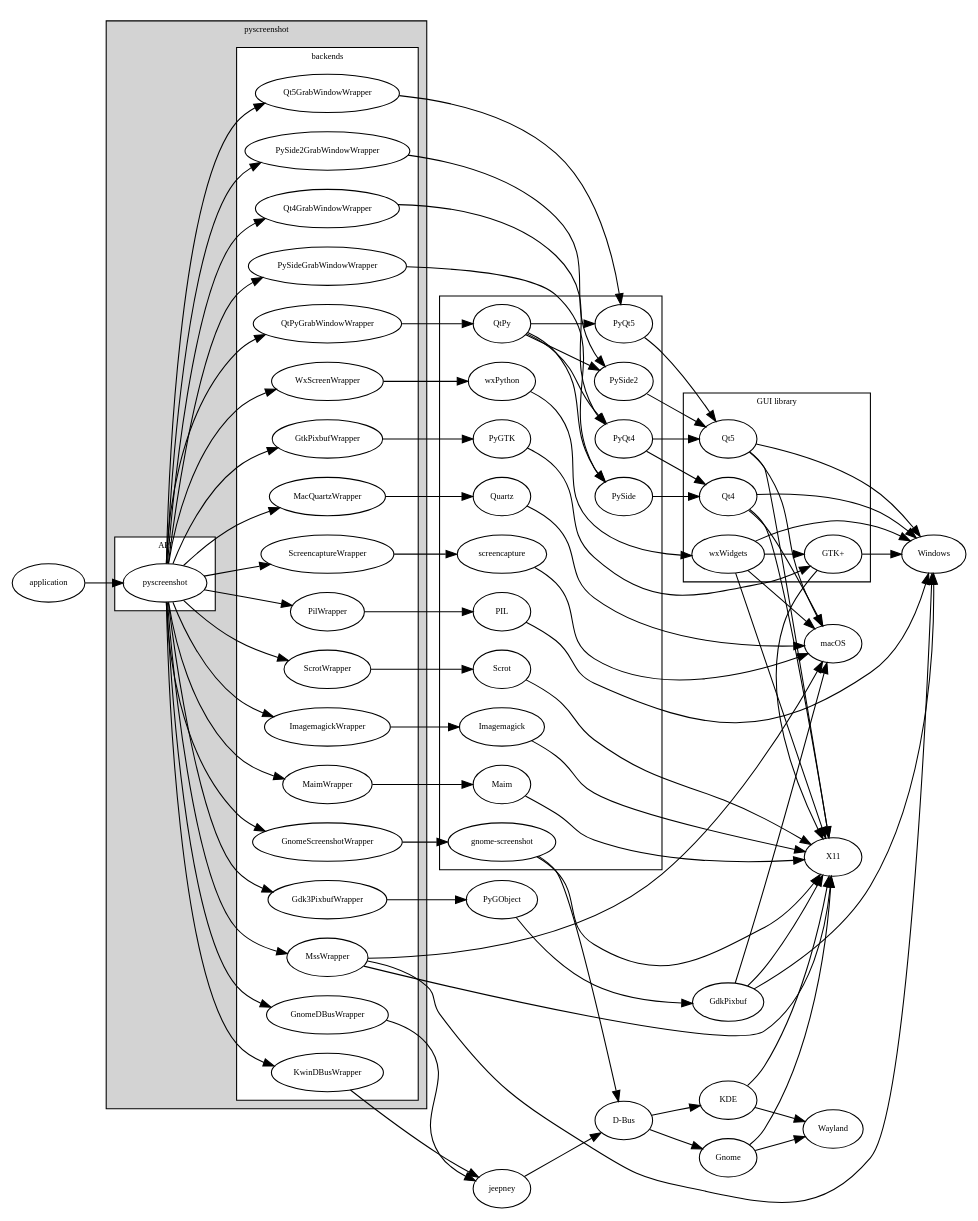
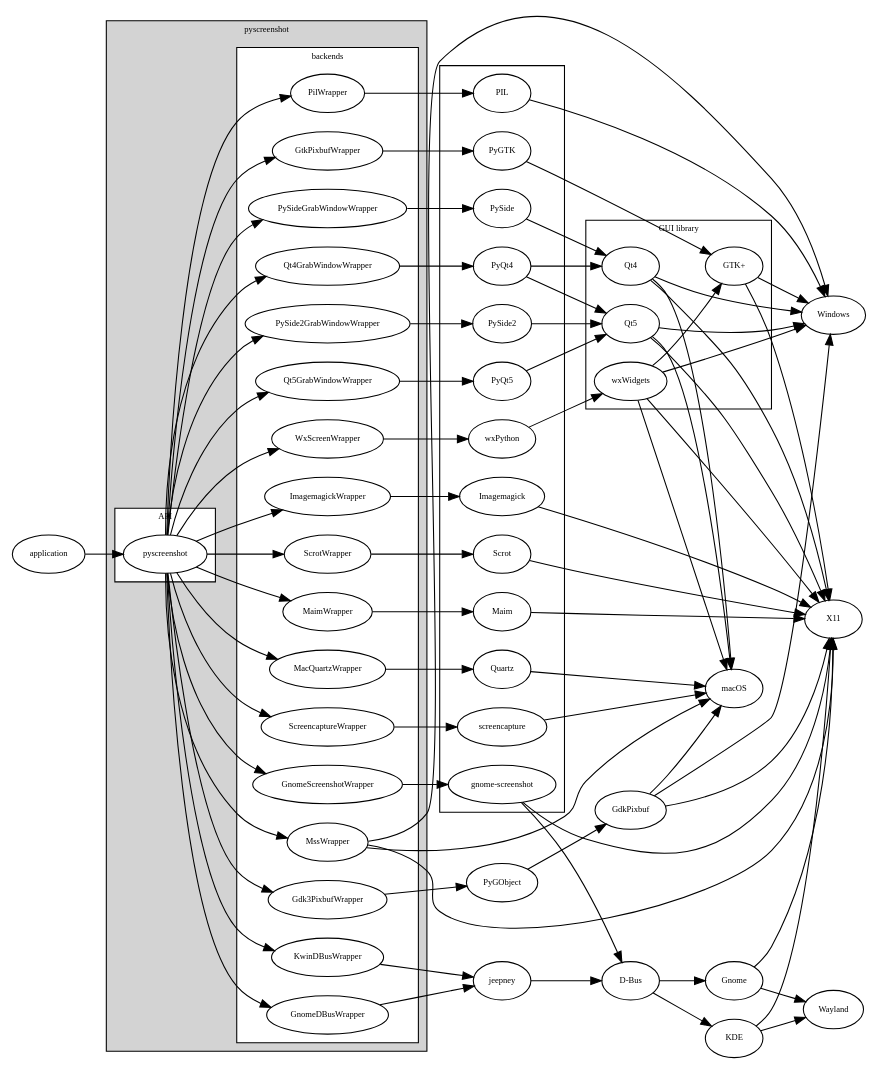
One commit to ponty/pyscreenshot changed the diagram in doc/hierarchy.dot. Above: the diagram before and after it, drawn with Graphviz. The commit also changed 13 other files, not shown here.

```diff
--- a/doc/hierarchy.dot
+++ b/doc/hierarchy.dot
@@ -1,132 +1,124 @@
 digraph G {
     rankdir=LR;
     node [fontsize=8];
     fontsize=8;
 
     subgraph cluster_0 {
         label = "pyscreenshot";
         style=filled;
         fillcolor=lightgrey;
         subgraph cluster_1 {
             label = "API";
             style=filled;
             fillcolor=white;
 
             pyscreenshot;
         }
         subgraph cluster_2 {
             style=filled;
             fillcolor=white;
             label = "backends";
 
             pyscreenshot -> GtkPixbufWrapper;
             pyscreenshot -> Qt4GrabWindowWrapper;
             pyscreenshot -> Qt5GrabWindowWrapper;
             pyscreenshot -> PySideGrabWindowWrapper;
             pyscreenshot -> PySide2GrabWindowWrapper;
-            pyscreenshot -> QtPyGrabWindowWrapper;
             pyscreenshot -> PilWrapper;
             pyscreenshot -> ImagemagickWrapper;
             pyscreenshot -> WxScreenWrapper;
             pyscreenshot -> ScrotWrapper;
             pyscreenshot -> MaimWrapper;
             pyscreenshot -> MacQuartzWrapper
             pyscreenshot -> ScreencaptureWrapper
             pyscreenshot -> Gdk3PixbufWrapper
             pyscreenshot -> GnomeScreenshotWrapper
             pyscreenshot -> GnomeDBusWrapper
             pyscreenshot -> KwinDBusWrapper
             pyscreenshot -> MssWrapper
         }
     }
     subgraph cluster_3 {
         PIL;
         wxPython;
         PyQt4;
         PyQt5;
         PySide;
         PySide2;
-        QtPy;
         PyGTK;
         screencapture;
         Quartz;
         Scrot;
         Maim;
         Imagemagick;
         "gnome-screenshot";
     }
     subgraph cluster_4 {
         label = "GUI library";
         Qt4;
         Qt5;
         wxWidgets;
         "GTK+";
     }
 
     Qt4GrabWindowWrapper -> PyQt4 -> Qt4;
     PyQt4 -> Qt5;
     Qt5GrabWindowWrapper -> PyQt5 -> Qt5;
     PySideGrabWindowWrapper -> PySide -> Qt4;
     PySide2GrabWindowWrapper -> PySide2 -> Qt5;
     
-    QtPyGrabWindowWrapper -> QtPy;
-    QtPy -> PySide;
-    QtPy -> PySide2;
-    QtPy -> PyQt4;
-    QtPy -> PyQt5;
-
     Qt4 -> macOS;
     Qt4 -> Windows;
     Qt4 -> X11;
     Qt5 -> macOS;
     Qt5 -> Windows;
     Qt5 -> X11;
 
     PilWrapper -> PIL -> Windows;
     ImagemagickWrapper -> Imagemagick -> X11;
     ScrotWrapper -> Scrot -> X11;
     MaimWrapper -> Maim -> X11;
 
     Gnome -> Wayland;
     Gnome -> X11;
     KDE -> Wayland;
     KDE -> X11;
 
     "D-Bus" -> Gnome;
     "D-Bus" -> KDE;
 
     jeepney-> "D-Bus";
 
     GnomeScreenshotWrapper -> "gnome-screenshot";
     "gnome-screenshot" -> X11;
     "gnome-screenshot" -> "D-Bus";
 
     GnomeDBusWrapper -> jeepney;
     KwinDBusWrapper -> jeepney;
 
     GtkPixbufWrapper -> PyGTK -> "GTK+";
     //"GTK+" -> macOS;
     "GTK+" -> Windows;
     "GTK+" -> X11;
 
     Gdk3PixbufWrapper -> PyGObject -> GdkPixbuf;
     GdkPixbuf -> macOS;
     GdkPixbuf -> Windows;
     GdkPixbuf -> X11;
 
     WxScreenWrapper -> wxPython -> wxWidgets;
     wxWidgets -> "GTK+";
     wxWidgets -> macOS;
     wxWidgets -> Windows;
     wxWidgets -> X11;
 
     MacQuartzWrapper -> Quartz -> macOS;
     ScreencaptureWrapper -> screencapture -> macOS;
 
     MssWrapper -> X11;
     MssWrapper -> macOS;
     MssWrapper -> Windows;
 
     application -> pyscreenshot;
 
 }
```
